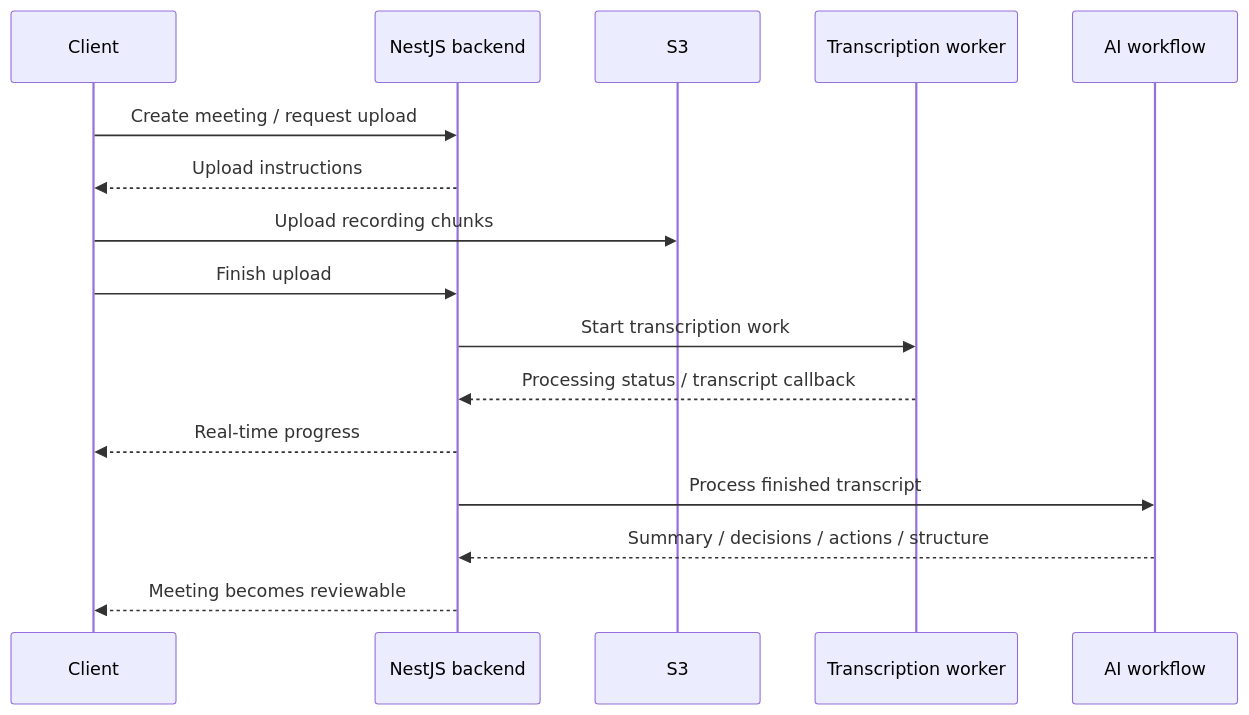
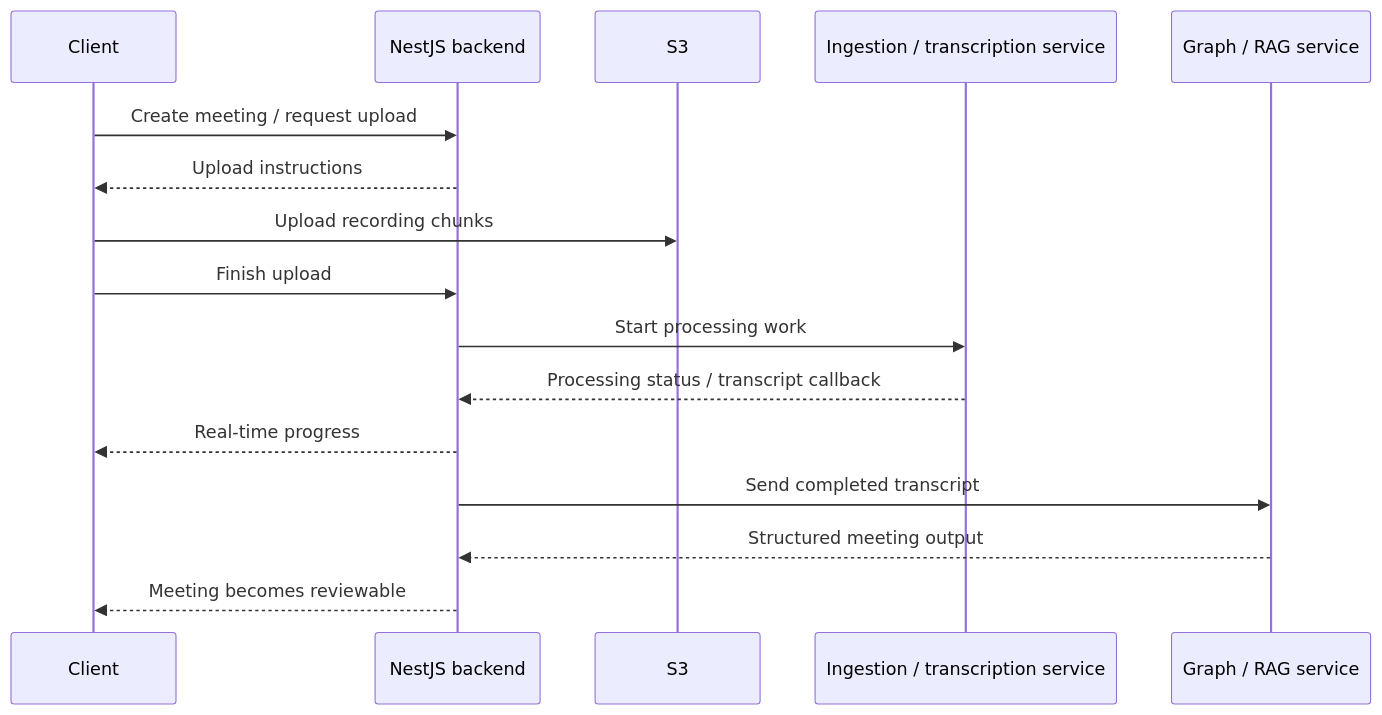
The second of 2 diagrams in frontend/content/projects/sensio-notes.md (farismnrr/portofolio), drawn with Mermaid before and after one commit. The commit also changed other lines of this file, not shown here.

````diff
--- a/frontend/content/projects/sensio-notes.md
+++ b/frontend/content/projects/sensio-notes.md
@@ -73,19 +73,19 @@
 ```mermaid
 sequenceDiagram
     participant C as Client
     participant B as NestJS backend
     participant S as S3
-    participant W as Transcription worker
-    participant A as AI workflow
+    participant W as Ingestion / transcription service
+    participant A as Graph / RAG service
 
     C->>B: Create meeting / request upload
     B-->>C: Upload instructions
     C->>S: Upload recording chunks
     C->>B: Finish upload
-    B->>W: Start transcription work
+    B->>W: Start processing work
     W-->>B: Processing status / transcript callback
     B-->>C: Real-time progress
-    B->>A: Process finished transcript
-    A-->>B: Summary / decisions / actions / structure
+    B->>A: Send completed transcript
+    A-->>B: Structured meeting output
     B-->>C: Meeting becomes reviewable
 ```
````
